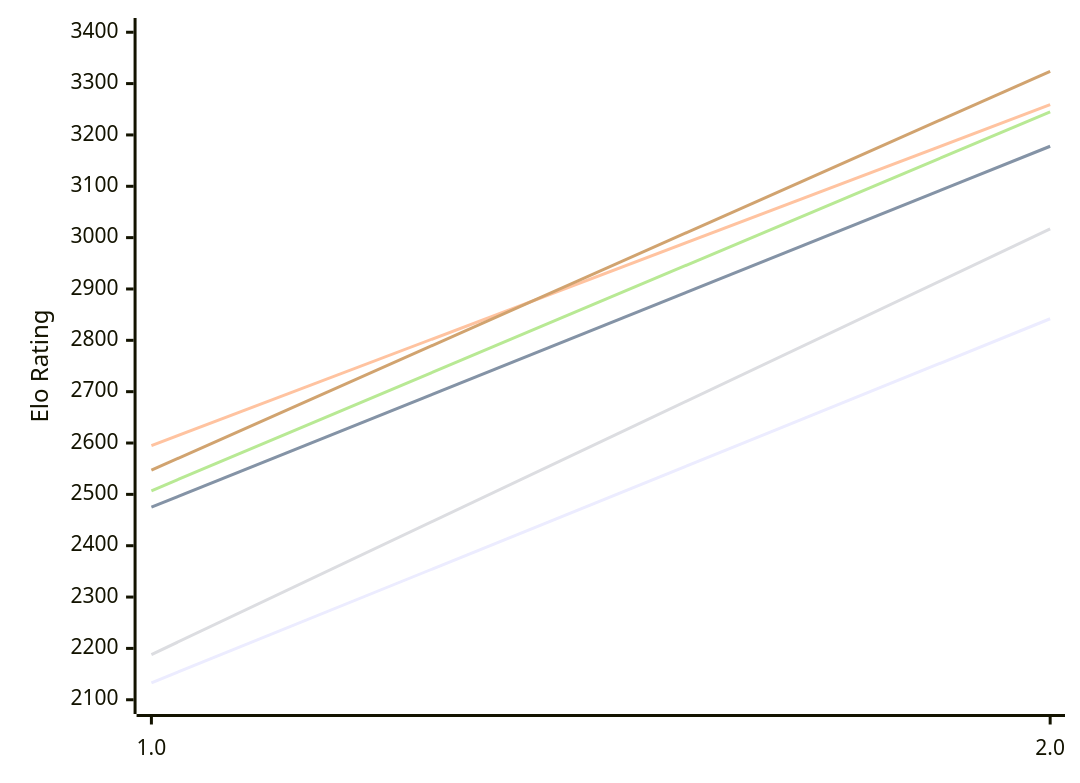
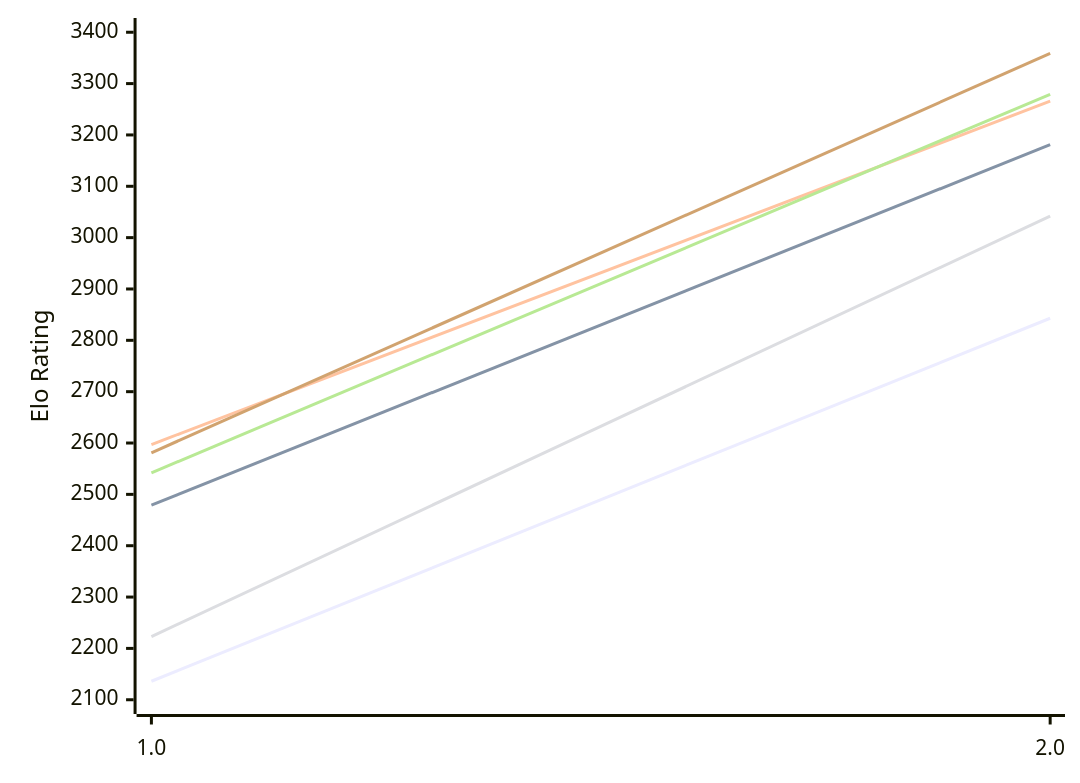
The diagram in engines/Scarlet.md (computer-chess-index/cci), drawn with Mermaid before and after one commit. The commit also changed other lines of this file, not shown here.

Commit message:
Update CCI Ratings (ELO VLTC) - 2026-11-01

````diff
--- a/engines/Scarlet.md
+++ b/engines/Scarlet.md
@@ -49,12 +49,12 @@
 ```mermaid
 %%{init: {"theme":"base","themeVariables":{"seriesColors:['#a3a3a3','#222221','#faa371']}}}%%
 xychart-beta
   x-axis ["1.0", "2.0"]
   y-axis "Elo Rating" 2100 --> 3400
-  line "E1: STC (8.0+0.08s)" [2133, 2842]
-  line "E1: LTC (60.0+0.60s)" [2475, 3178]
-  line "E1: VLTC (2m24s+1.12s)" [2595, 3259]
-  line "P1: STC (8.0+0.08s)" [2188, 3017]
-  line "P1: LTC (60.0+0.60s)" [2507, 3245]
-  line "P1: VLTC (2m24s+1.12s)" [2547, 3324]
+  line "E1: STC (8.0+0.08s)" [2136, 2843]
+  line "E1: LTC (60.0+0.60s)" [2479, 3181]
+  line "E1: VLTC (2m24s+1.12s)" [2597, 3266]
+  line "P1: STC (8.0+0.08s)" [2223, 3042]
+  line "P1: LTC (60.0+0.60s)" [2542, 3279]
+  line "P1: VLTC (2m24s+1.12s)" [2581, 3359]
 ```
````
